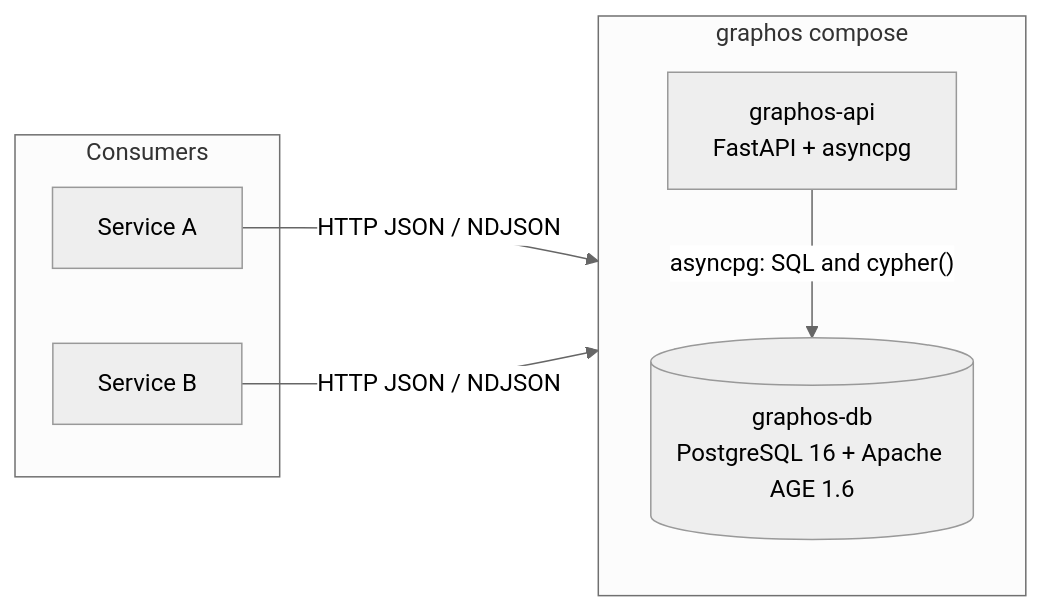
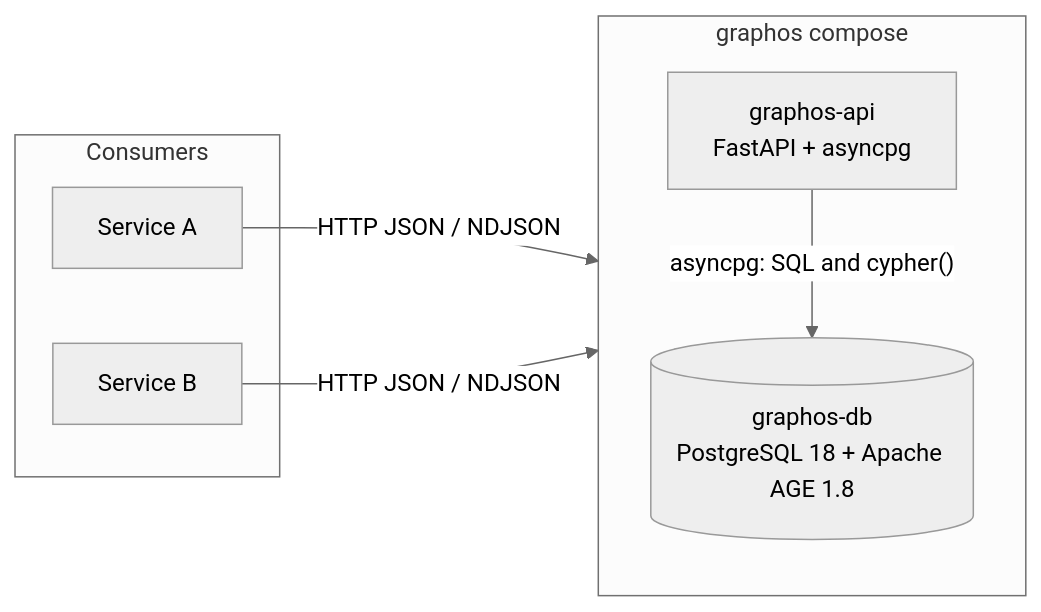
One commit to pomentum/graphos changed the first of 3 diagrams in docs/concept.md. Above: the diagram before and after it, drawn with Mermaid (neutral theme). The commit also changed other lines of this file and 16 other files, not shown here.

First line of the commit message:
docs: PostgreSQL 18 with AGE 1.8 as the bundled database

````diff
--- a/docs/concept.md
+++ b/docs/concept.md
@@ -37,17 +37,17 @@
 ```mermaid
 flowchart LR
     subgraph consumers["Consumers"]
         C1["Service A"]
         C2["Service B"]
     end
 
     subgraph graphos["graphos compose"]
         direction TB
         API["graphos-api<br/>FastAPI + asyncpg"]
-        DB[("graphos-db<br/>PostgreSQL 16 + Apache AGE 1.6")]
+        DB[("graphos-db<br/>PostgreSQL 18 + Apache AGE 1.8")]
         API -- "asyncpg: SQL and cypher()" --> DB
     end
 
     C1 -- "HTTP JSON / NDJSON" --> API
     C2 -- "HTTP JSON / NDJSON" --> API
 ```
````
